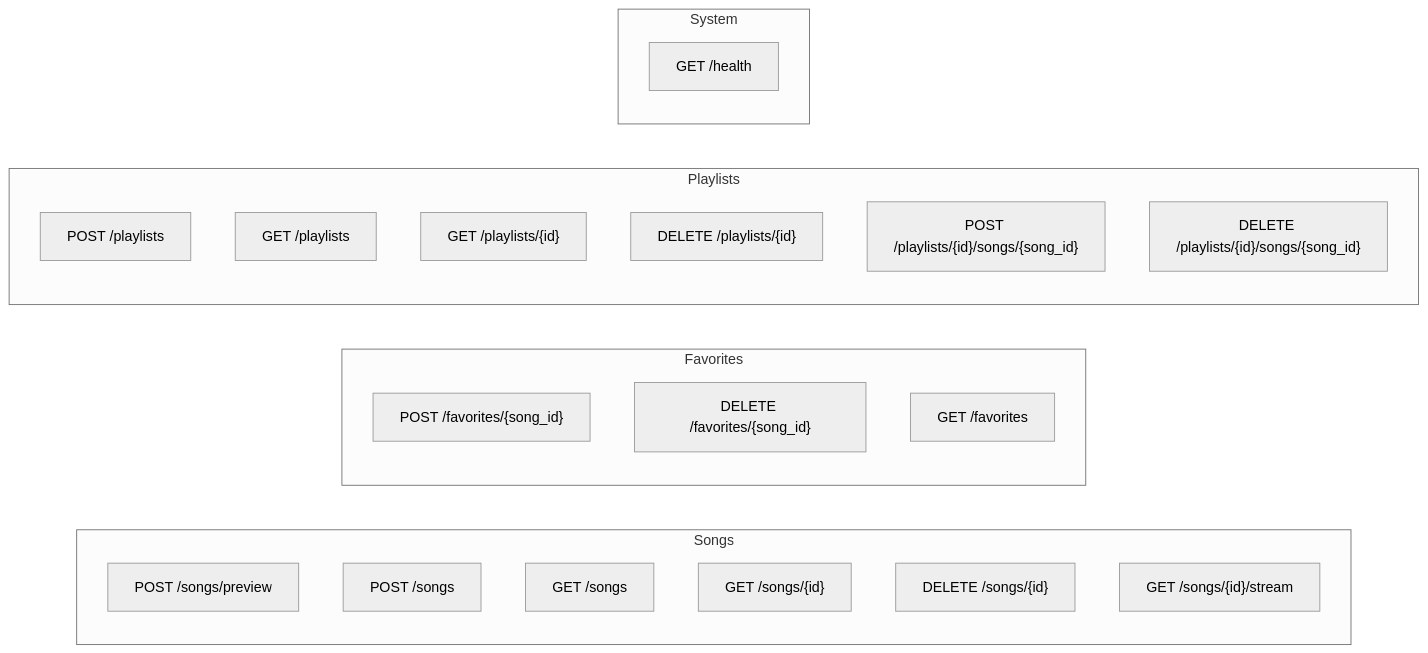
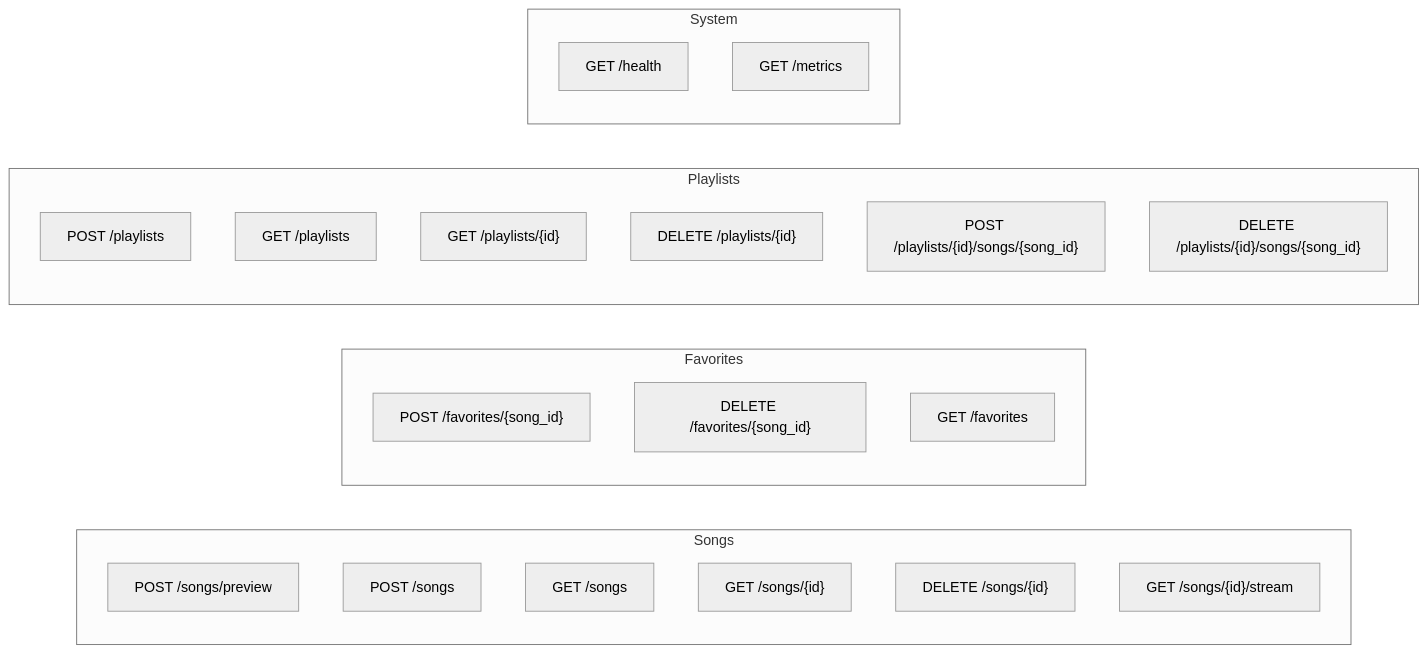
The third of 3 diagrams in docs/ARCHITECTURE.md (KarthikUdyawar/melo), drawn with Mermaid (neutral theme) before and after one commit. The commit also changed other lines of this file and 26 other files, not shown here.

````diff
--- a/docs/ARCHITECTURE.md
+++ b/docs/ARCHITECTURE.md
@@ -256,30 +120,31 @@
 ```mermaid
 graph LR
     subgraph Songs
         S1["POST /songs/preview"]
         S2["POST /songs"]
         S3["GET /songs"]
         S4["GET /songs/{id}"]
         S5["DELETE /songs/{id}"]
         S6["GET /songs/{id}/stream"]
     end
 
     subgraph Favorites
         F1["POST /favorites/{song_id}"]
         F2["DELETE /favorites/{song_id}"]
         F3["GET /favorites"]
     end
 
     subgraph Playlists
         P1["POST /playlists"]
         P2["GET /playlists"]
         P3["GET /playlists/{id}"]
         P4["DELETE /playlists/{id}"]
         P5["POST /playlists/{id}/songs/{song_id}"]
         P6["DELETE /playlists/{id}/songs/{song_id}"]
     end
 
     subgraph System
         H["GET /health"]
+        M["GET /metrics"]
     end
 ```
````
